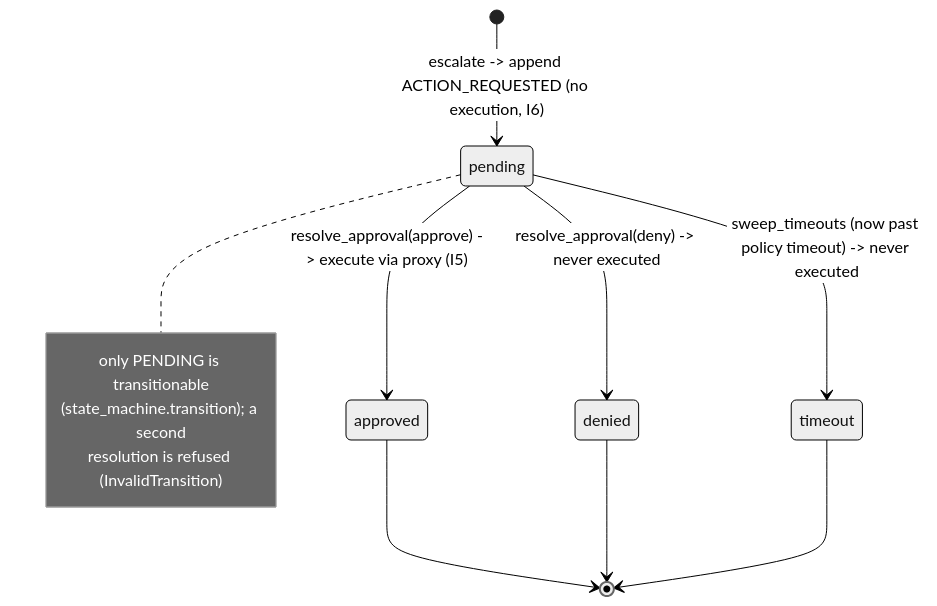
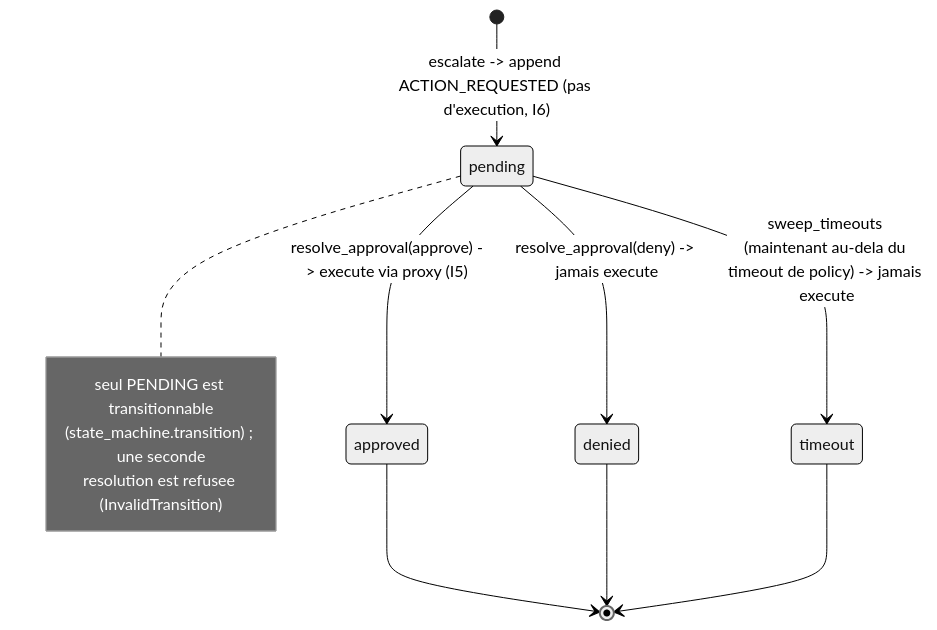
One commit to mo0ogly/recette_IA_agents changed the first of 2 diagrams in docs/runbooks/approval-durability.md. Above: the diagram before and after it, drawn with Mermaid (neutral theme). The commit also changed other lines of this file and 25 other files, not shown here.

````diff
--- a/docs/runbooks/approval-durability.md
+++ b/docs/runbooks/approval-durability.md
@@ -23,15 +25,15 @@
 ```mermaid
 stateDiagram-v2
-  [*] --> pending: escalate -> append ACTION_REQUESTED (no execution, I6)
+  [*] --> pending: escalate -> append ACTION_REQUESTED (pas d'execution, I6)
   pending --> approved: resolve_approval(approve) -> execute via proxy (I5)
-  pending --> denied: resolve_approval(deny) -> never executed
-  pending --> timeout: sweep_timeouts (now past policy timeout) -> never executed
+  pending --> denied: resolve_approval(deny) -> jamais execute
+  pending --> timeout: sweep_timeouts (maintenant au-dela du timeout de policy) -> jamais execute
   approved --> [*]
   denied --> [*]
   timeout --> [*]
   note right of pending
-    only PENDING is transitionable
-    (state_machine.transition); a second
-    resolution is refused (InvalidTransition)
+    seul PENDING est transitionnable
+    (state_machine.transition) ; une seconde
+    resolution est refusee (InvalidTransition)
   end note
 ```
````
